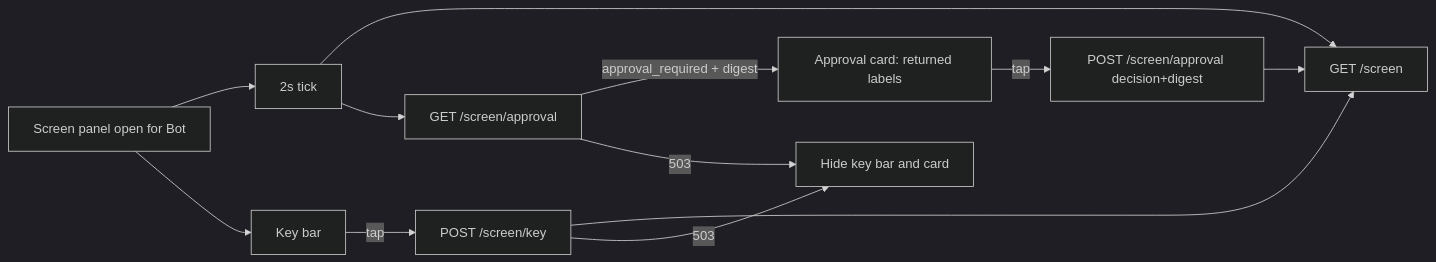
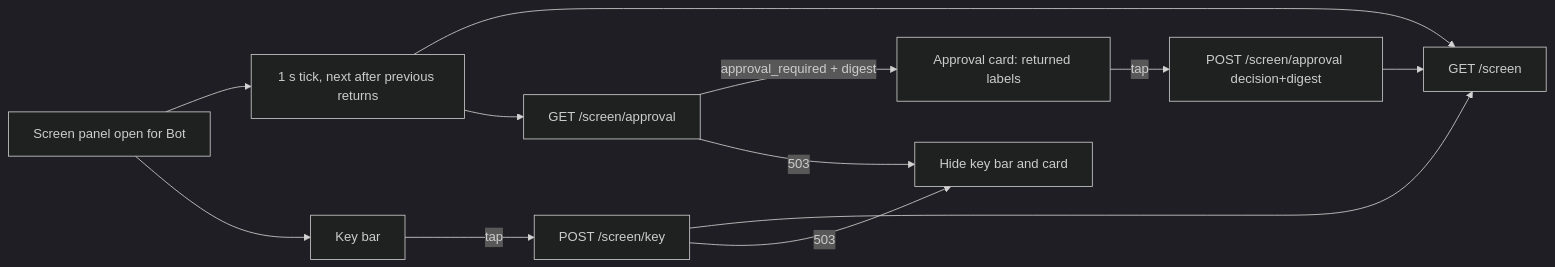
The second of 7 diagrams in docs/architecture/modules/web/management.md (kitepon/BellTeam), drawn with Mermaid (dark theme) before and after one commit. The commit also changed other lines of this file and 2 other files, not shown here.

First line of the commit message:
fix(web): refresh the Bot screen view every 1 s without overlap

````diff
--- a/docs/architecture/modules/web/management.md
+++ b/docs/architecture/modules/web/management.md
@@ -51,13 +52,13 @@
 ```mermaid
 flowchart LR
-  Open[Screen panel open for Bot] --> Tick[2s tick]
+  Open[Screen panel open for Bot] --> Tick[1 s tick, next after previous returns]
   Tick --> Screen[GET /screen]
   Tick --> Ask[GET /screen/approval]
   Ask -->|approval_required + digest| Card[Approval card: returned labels]
   Card -->|tap| Answer[POST /screen/approval decision+digest]
   Open --> Bar[Key bar] -->|tap| Key[POST /screen/key]
   Key --> Screen
   Answer --> Screen
   Ask -->|503| Hide[Hide key bar and card]
   Key -->|503| Hide
 ```
````
